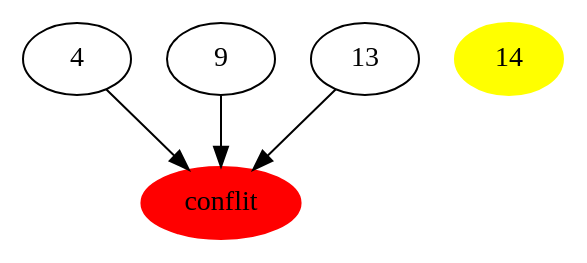
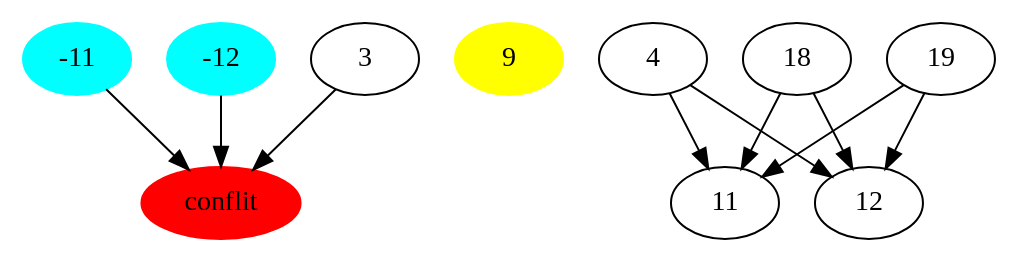
The diagram in conflit_graph.dot (Hagrud/Projet2), drawn with Graphviz before and after one commit. The commit also changed 3 other files, not shown here.

Commit message:
Correction erreur génération graphe

```diff
--- a/conflit_graph.dot
+++ b/conflit_graph.dot
@@ -1,7 +1,15 @@
 digraph G {
 conflit  [style=filled,color=red];
-14 [style=filled,color=yellow];
-4->conflit;
-9->conflit;
-13->conflit;
+-11 [style=filled,color=cyan];
+-12 [style=filled,color=cyan];
+9 [style=filled,color=yellow];
+3->conflit;
+4->11;
+4->12;
+-11->conflit;
+-12->conflit;
+18->11;
+18->12;
+19->11;
+19->12;
 }
```
